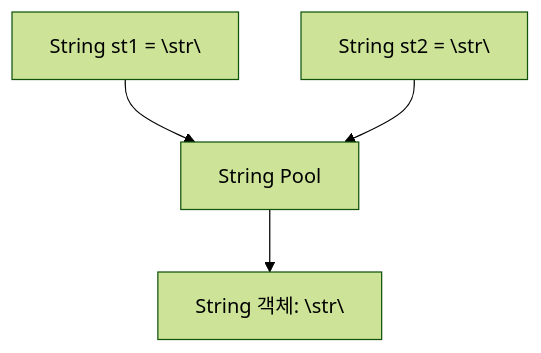
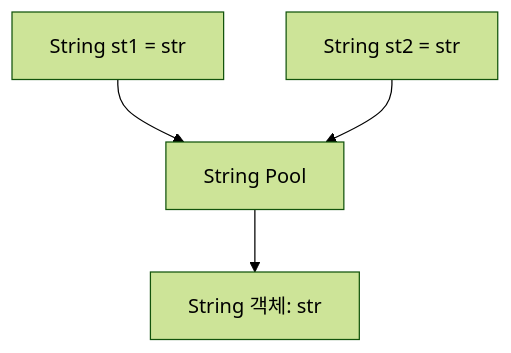
Before and after one commit to CHEDDARcb/Passionate-Java: the first of 4 diagrams in Chpater11_Method_Overloading_and_the_String_Class/Java String과 String Pool.md, drawn with Mermaid (forest theme). The commit also changed other lines of this file, not shown here.

Commit message:
Update String literals in diagrams for clarity

````diff
--- a/Chpater11_Method_Overloading_and_the_String_Class/Java String과 String Pool.md
+++ b/Chpater11_Method_Overloading_and_the_String_Class/Java String과 String Pool.md
@@ -27,11 +27,11 @@
 ```mermaid
 flowchart TD
-    A["String st1 = \"str\""]
-    B["String st2 = \"str\""]
+    A["String st1 = str"]
+    B["String st2 = str"]
     C["String Pool"]
-    D["String 객체: \"str\""]
+    D["String 객체: str"]
 
     A --> C
     B --> C
     C --> D
 ```
````
